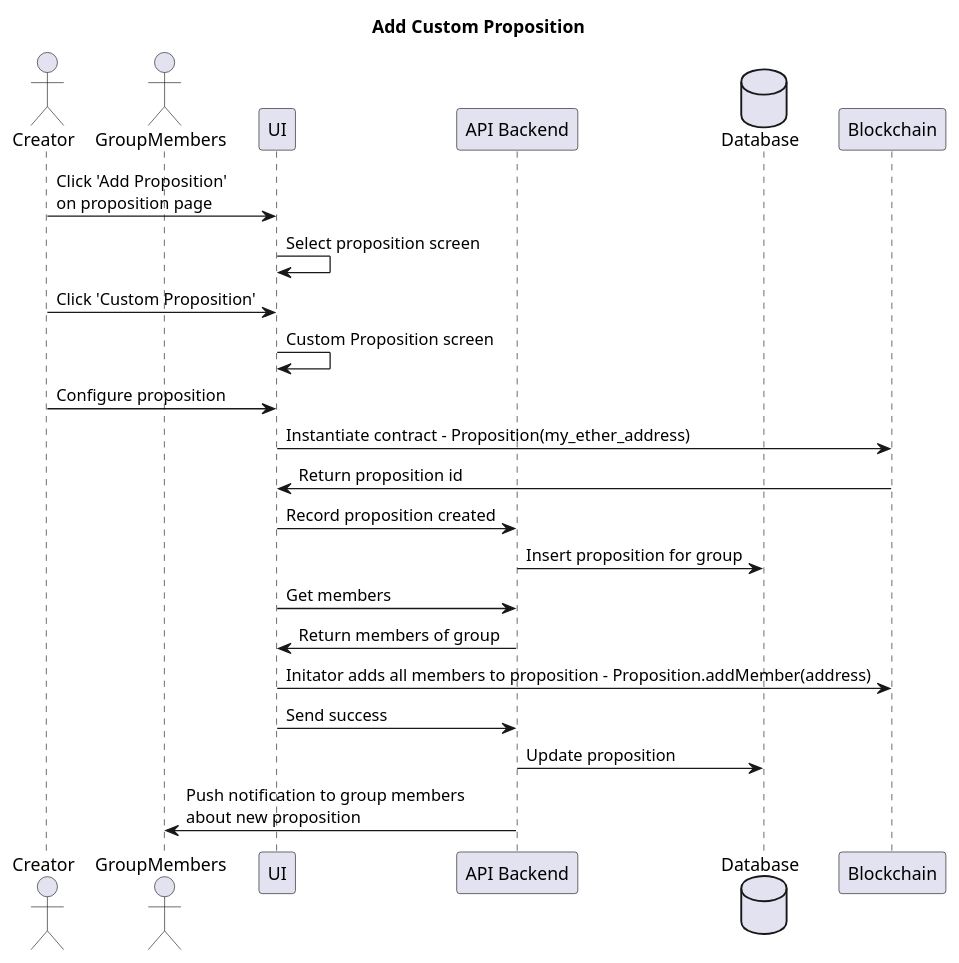
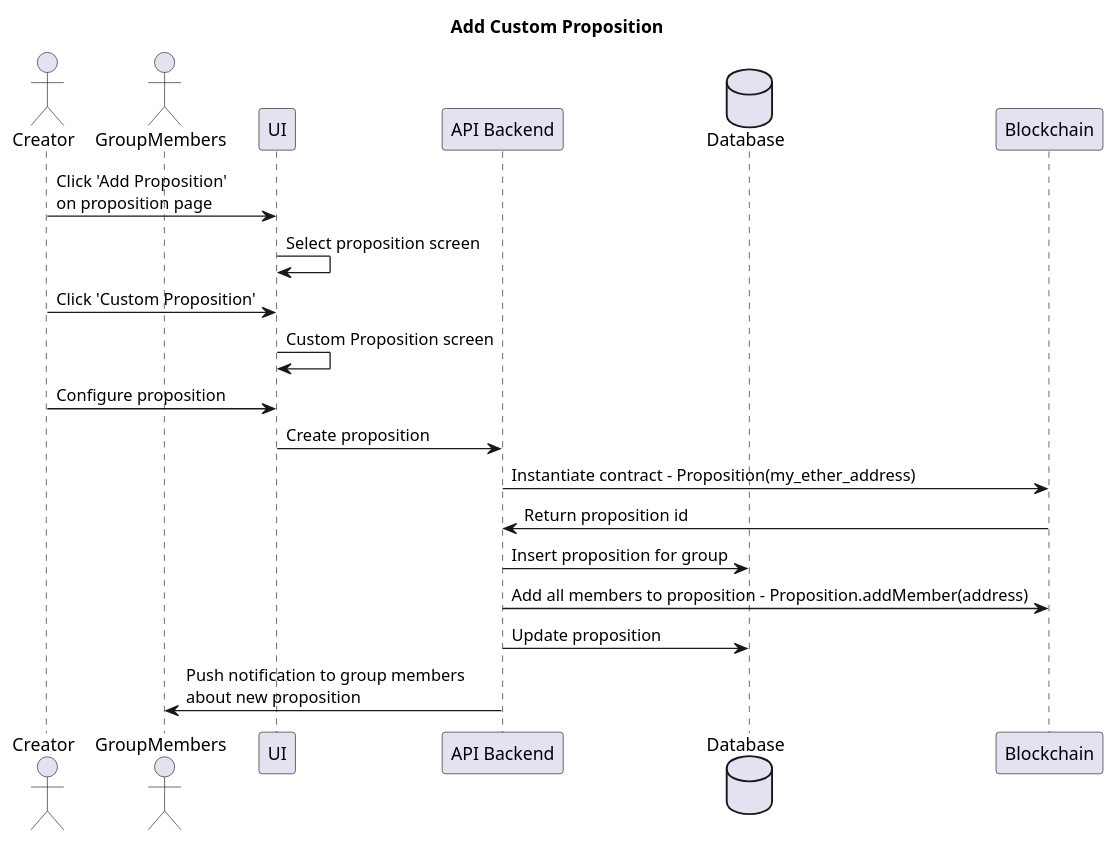
The diagram in Diagrams/UserStories/add_new_prop.puml (adhurjaty/prediction-app), drawn with PlantUML before and after one commit. The commit also changed 1 other file, not shown here.

Commit message:
updates custom proposition sequence

```diff
--- a/Diagrams/UserStories/add_new_prop.puml
+++ b/Diagrams/UserStories/add_new_prop.puml
@@ -1,28 +1,25 @@
 @startuml Add Custom Proposition
 
 title Add Custom Proposition
 
 actor Creator as creator
 actor GroupMembers as member
 participant UI as ui
 participant "API Backend" as api
 database Database as db
 participant Blockchain as bc
 
 creator -> ui : Click 'Add Proposition'\non proposition page
 ui -> ui : Select proposition screen
 creator -> ui : Click 'Custom Proposition'
 ui -> ui : Custom Proposition screen
 creator -> ui : Configure proposition
-ui -> bc: Instantiate contract - Proposition(my_ether_address)
-bc -> ui : Return proposition id
-ui -> api : Record proposition created
+ui -> api: Create proposition
+api -> bc: Instantiate contract - Proposition(my_ether_address)
+bc -> api : Return proposition id
 api -> db : Insert proposition for group 
-ui -> api : Get members
-api -> ui: Return members of group
-ui -> bc: Initator adds all members to proposition - Proposition.addMember(address)
-ui -> api : Send success
+api -> bc: Add all members to proposition - Proposition.addMember(address)
 api -> db : Update proposition
 api -> member: Push notification to group members \nabout new proposition
 
 @enduml
```
